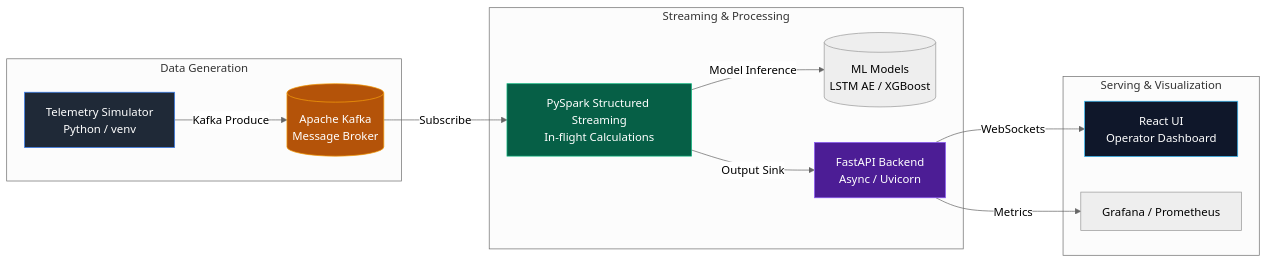
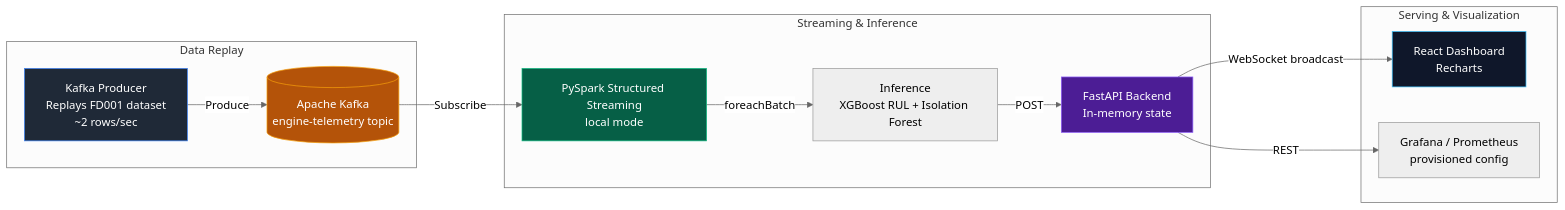
Before and after one commit to pxrxshoth/vanguard: the diagram in README.md, drawn with Mermaid (neutral theme). The commit also changed other lines of this file and 1 other file, not shown here.

````diff
--- a/README.md
+++ b/README.md
@@ -35,23 +29,23 @@
 ```mermaid
 graph LR
-    subgraph Data Generation
-        TS[Telemetry Simulator<br/>Python / venv] -->|Kafka Produce| K[(Apache Kafka<br/>Message Broker)]
+    subgraph Data Replay
+        TS[Kafka Producer<br/>Replays FD001 dataset<br/>~2 rows/sec] -->|Produce| K[(Apache Kafka<br/>engine-telemetry topic)]
     end
 
-    subgraph Streaming & Processing
-        K -->|Subscribe| SS[PySpark Structured Streaming<br/>In-flight Calculations]
-        SS -->|Model Inference| M[(ML Models<br/>LSTM AE / XGBoost)]
-        SS -->|Output Sink| F[FastAPI Backend<br/>Async / Uvicorn]
+    subgraph Streaming & Inference
+        K -->|Subscribe| SS[PySpark Structured Streaming<br/>local mode]
+        SS -->|foreachBatch| INF[Inference<br/>XGBoost RUL + Isolation Forest]
+        INF -->|POST| F[FastAPI Backend<br/>In-memory state]
     end
 
     subgraph Serving & Visualization
-        F -->|WebSockets| UI[React UI<br/>Operator Dashboard]
-        F -->|Metrics| G[Grafana / Prometheus]
+        F -->|WebSocket broadcast| UI[React Dashboard<br/>Recharts]
+        F -->|REST| G[Grafana / Prometheus<br/>provisioned config]
     end
-    
+
     style TS fill:#1f2937,stroke:#3b82f6,color:#fff
     style K fill:#b45309,stroke:#f59e0b,color:#fff
     style SS fill:#065f46,stroke:#10b981,color:#fff
     style F fill:#4c1d95,stroke:#8b5cf6,color:#fff
     style UI fill:#0f172a,stroke:#38bdf8,color:#fff
 ```
````
